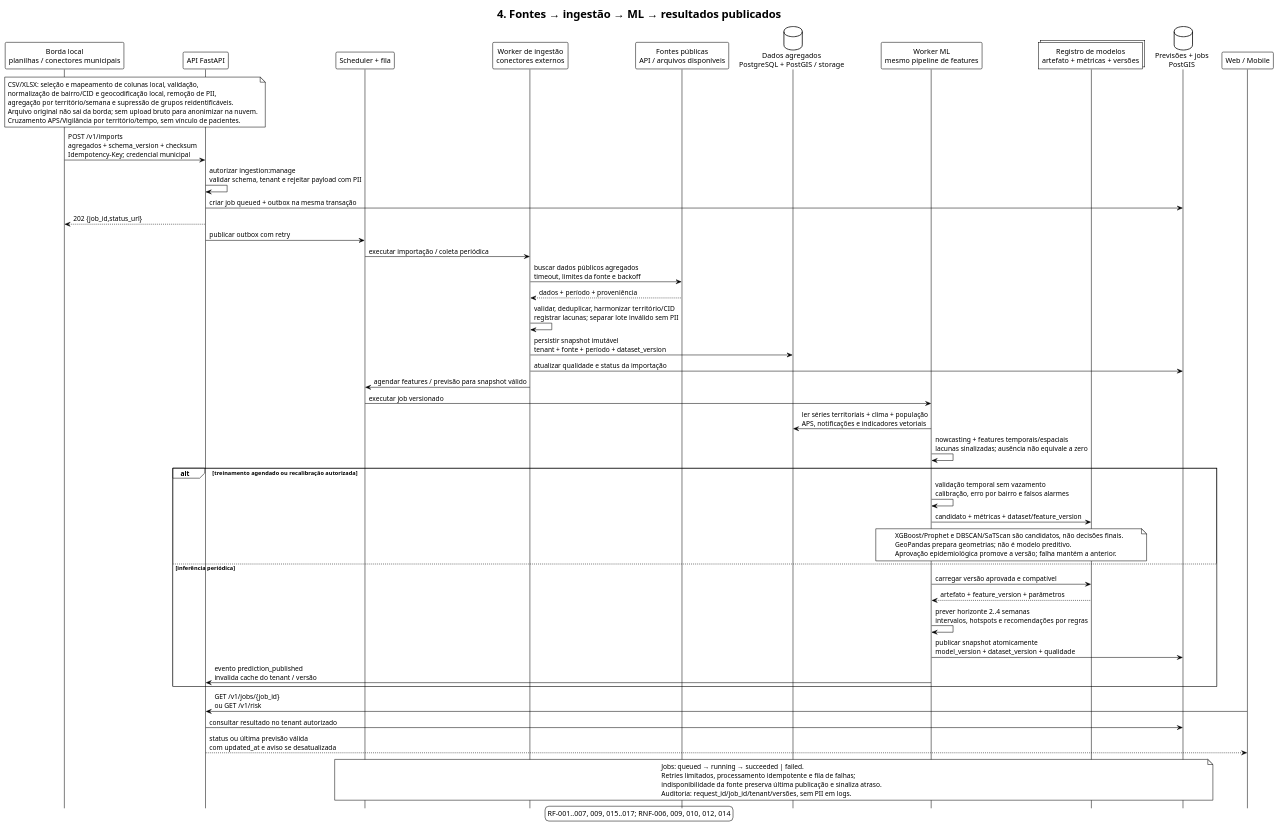
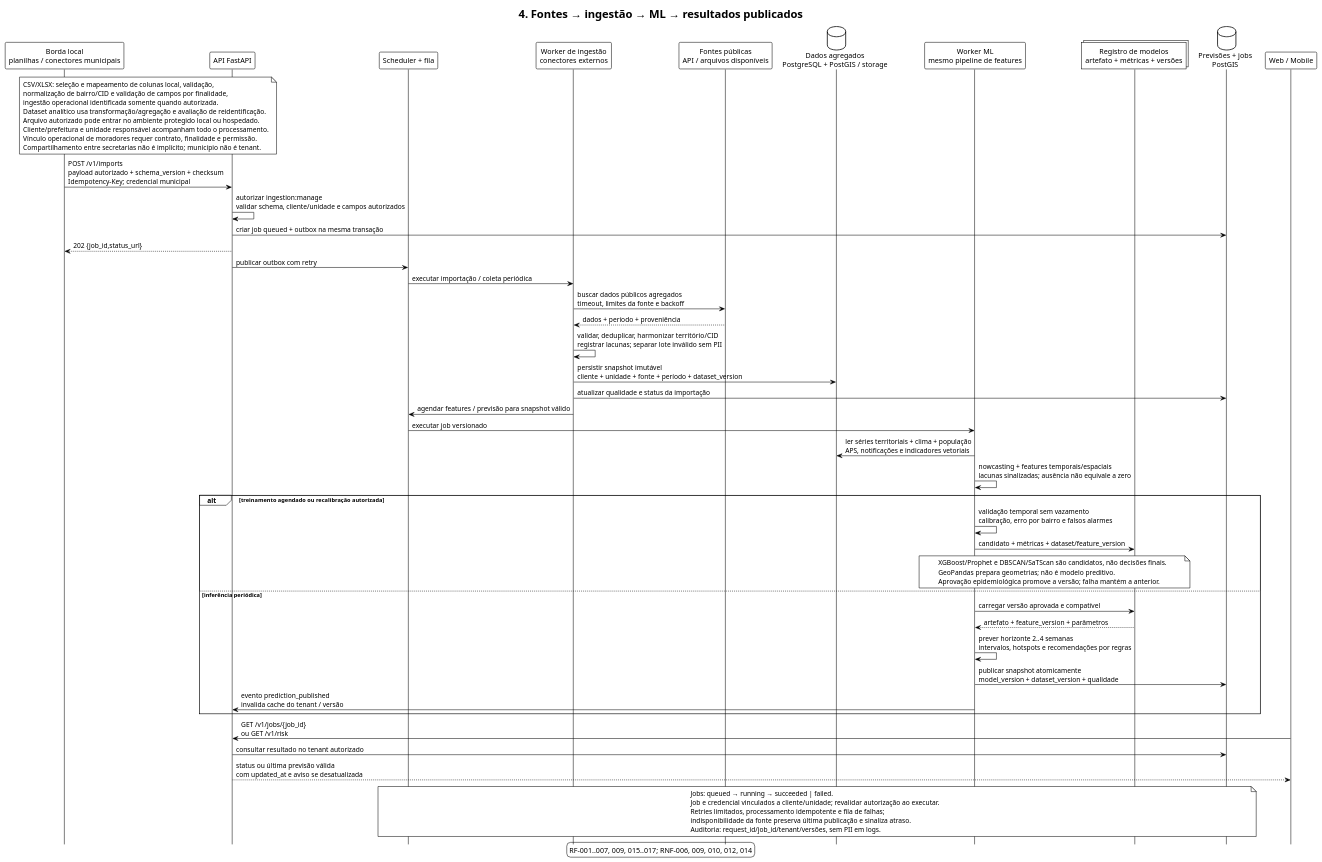
One commit to FabinhoFarias/projeto-informatica-em-saude changed the diagram in docs/arquitetura/preview/Denguinhos_04_Ingestao_ML.puml. Above: the diagram before and after it, drawn with PlantUML. The commit also changed 28 other files, not shown here.

```diff
--- a/docs/arquitetura/preview/Denguinhos_04_Ingestao_ML.puml
+++ b/docs/arquitetura/preview/Denguinhos_04_Ingestao_ML.puml
@@ -2,66 +2,70 @@
 @startuml Denguinhos_04_Ingestao_ML
     !theme plain
     skinparam shadowing false
     hide footbox
     title 4. Fontes → ingestão → ML → resultados publicados
     participant "Borda local\nplanilhas / conectores municipais" as Edge
     participant "API FastAPI" as API
     participant "Scheduler + fila" as Queue
     participant "Worker de ingestão\nconectores externos" as Ingest
     participant "Fontes públicas\nAPI / arquivos disponíveis" as Sources
     database "Dados agregados\nPostgreSQL + PostGIS / storage" as Data
     participant "Worker ML\nmesmo pipeline de features" as ML
     collections "Registro de modelos\nartefato + métricas + versões" as Registry
     database "Previsões + jobs\nPostGIS" as Results
     participant "Web / Mobile" as Front
 
     note over Edge,API
     CSV/XLSX: seleção e mapeamento de colunas local, validação,
-    normalização de bairro/CID e geocodificação local, remoção de PII,
-    agregação por território/semana e supressão de grupos reidentificáveis.
-    Arquivo original não sai da borda; sem upload bruto para anonimizar na nuvem.
-    Cruzamento APS/Vigilância por território/tempo, sem vínculo de pacientes.
+    normalização de bairro/CID e validação de campos por finalidade,
+    ingestão operacional identificada somente quando autorizada.
+    Dataset analítico usa transformação/agregação e avaliação de reidentificação.
+    Arquivo autorizado pode entrar no ambiente protegido local ou hospedado.
+    Cliente/prefeitura e unidade responsável acompanham todo o processamento.
+    Vínculo operacional de moradores requer contrato, finalidade e permissão.
+    Compartilhamento entre secretarias não é implícito; município não é tenant.
     end note
-    Edge -> API : POST /v1/imports\nagregados + schema_version + checksum\nIdempotency-Key; credencial municipal
-    API -> API : autorizar ingestion:manage\nvalidar schema, tenant e rejeitar payload com PII
+    Edge -> API : POST /v1/imports\npayload autorizado + schema_version + checksum\nIdempotency-Key; credencial municipal
+    API -> API : autorizar ingestion:manage\nvalidar schema, cliente/unidade e campos autorizados
     API -> Results : criar job queued + outbox na mesma transação
     API --> Edge : 202 {job_id,status_url}
     API -> Queue : publicar outbox com retry
     Queue -> Ingest : executar importação / coleta periódica
     Ingest -> Sources : buscar dados públicos agregados\ntimeout, limites da fonte e backoff
     Sources --> Ingest : dados + período + proveniência
     Ingest -> Ingest : validar, deduplicar, harmonizar território/CID\nregistrar lacunas; separar lote inválido sem PII
-    Ingest -> Data : persistir snapshot imutável\ntenant + fonte + período + dataset_version
+    Ingest -> Data : persistir snapshot imutável\ncliente + unidade + fonte + período + dataset_version
     Ingest -> Results : atualizar qualidade e status da importação
     Ingest -> Queue : agendar features / previsão para snapshot válido
     Queue -> ML : executar job versionado
     ML -> Data : ler séries territoriais + clima + população\nAPS, notificações e indicadores vetoriais
     ML -> ML : nowcasting + features temporais/espaciais\nlacunas sinalizadas; ausência não equivale a zero
     alt treinamento agendado ou recalibração autorizada
     ML -> ML : validação temporal sem vazamento\ncalibração, erro por bairro e falsos alarmes
     ML -> Registry : candidato + métricas + dataset/feature_version
     note over ML,Registry
         XGBoost/Prophet e DBSCAN/SaTScan são candidatos, não decisões finais.
         GeoPandas prepara geometrias; não é modelo preditivo.
         Aprovação epidemiológica promove a versão; falha mantém a anterior.
     end note
     else inferência periódica
     ML -> Registry : carregar versão aprovada e compatível
     Registry --> ML : artefato + feature_version + parâmetros
     ML -> ML : prever horizonte 2..4 semanas\nintervalos, hotspots e recomendações por regras
     ML -> Results : publicar snapshot atomicamente\nmodel_version + dataset_version + qualidade
     ML -> API : evento prediction_published\ninvalida cache do tenant / versão
     end
     Front -> API : GET /v1/jobs/{job_id}\nou GET /v1/risk
     API -> Results : consultar resultado no tenant autorizado
     API --> Front : status ou última previsão válida\ncom updated_at e aviso se desatualizada
     note over Queue,Results
     Jobs: queued → running → succeeded | failed.
+    Job e credencial vinculados a cliente/unidade; revalidar autorização ao executar.
     Retries limitados, processamento idempotente e fila de falhas;
     indisponibilidade da fonte preserva última publicação e sinaliza atraso.
     Auditoria: request_id/job_id/tenant/versões, sem PII em logs.
     end note
     legend bottom
     RF-001..007, 009, 015..017; RNF-006, 009, 010, 012, 014
     endlegend
     @enduml
```
